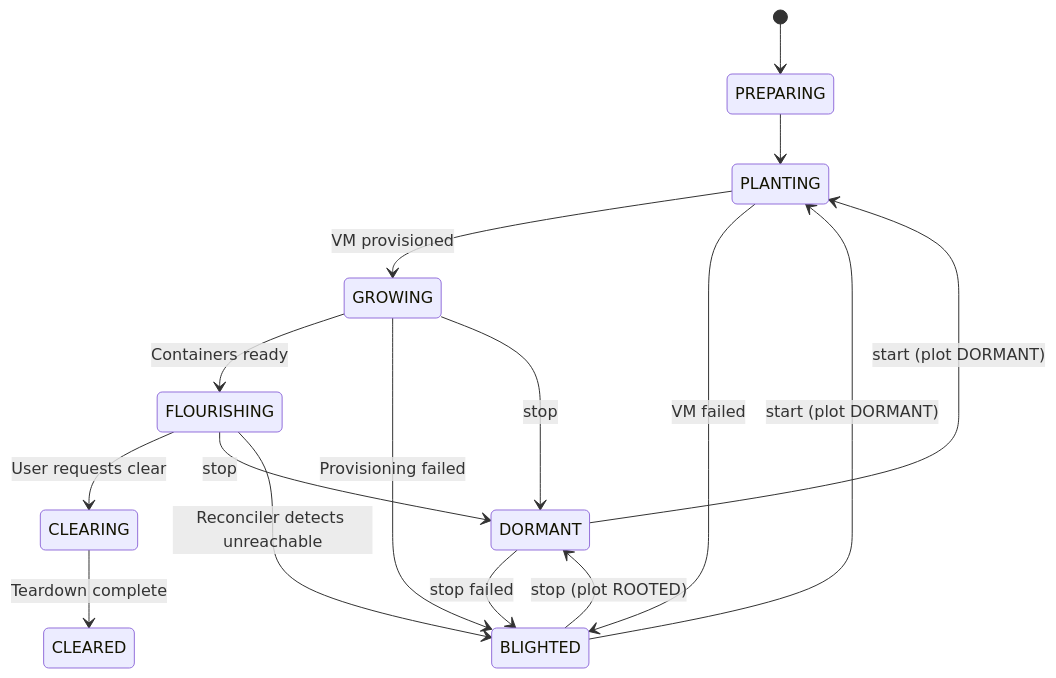
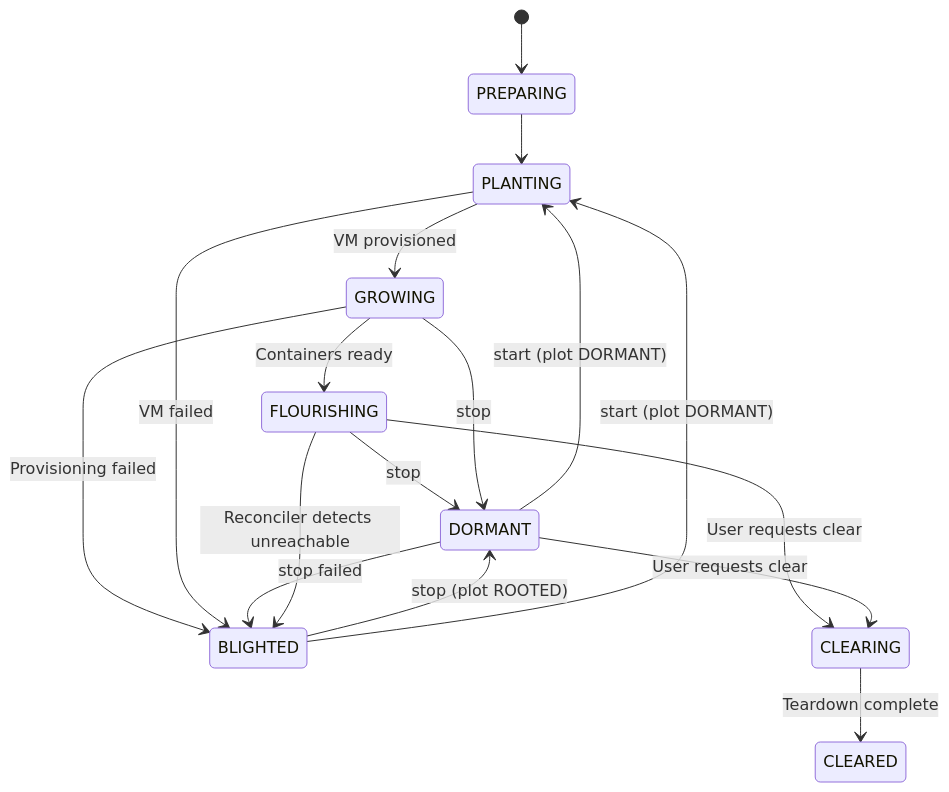
The sixth of 9 diagrams in docs/architecture/platform-architecture.md (orchard-cde/orchard), drawn with Mermaid before and after one commit. The commit also changed other lines of this file and 3 other files, not shown here.

````diff
--- a/docs/architecture/platform-architecture.md
+++ b/docs/architecture/platform-architecture.md
@@ -338,22 +340,23 @@
 ```mermaid
 stateDiagram-v2
     [*] --> PREPARING
     PREPARING --> PLANTING
     PLANTING --> GROWING : VM provisioned
     GROWING --> FLOURISHING : Containers ready
     GROWING --> BLIGHTED : Provisioning failed
 
     PLANTING --> BLIGHTED : VM failed
 
     FLOURISHING --> CLEARING : User requests clear
     CLEARING --> CLEARED : Teardown complete
 
     FLOURISHING --> DORMANT : stop
     GROWING --> DORMANT : stop
     BLIGHTED --> DORMANT : stop (plot ROOTED)
     DORMANT --> BLIGHTED : stop failed
     DORMANT --> PLANTING : start (plot DORMANT)
     BLIGHTED --> PLANTING : start (plot DORMANT)
+    DORMANT --> CLEARING : User requests clear
 
     FLOURISHING --> BLIGHTED : Reconciler detects unreachable
 ```
````
